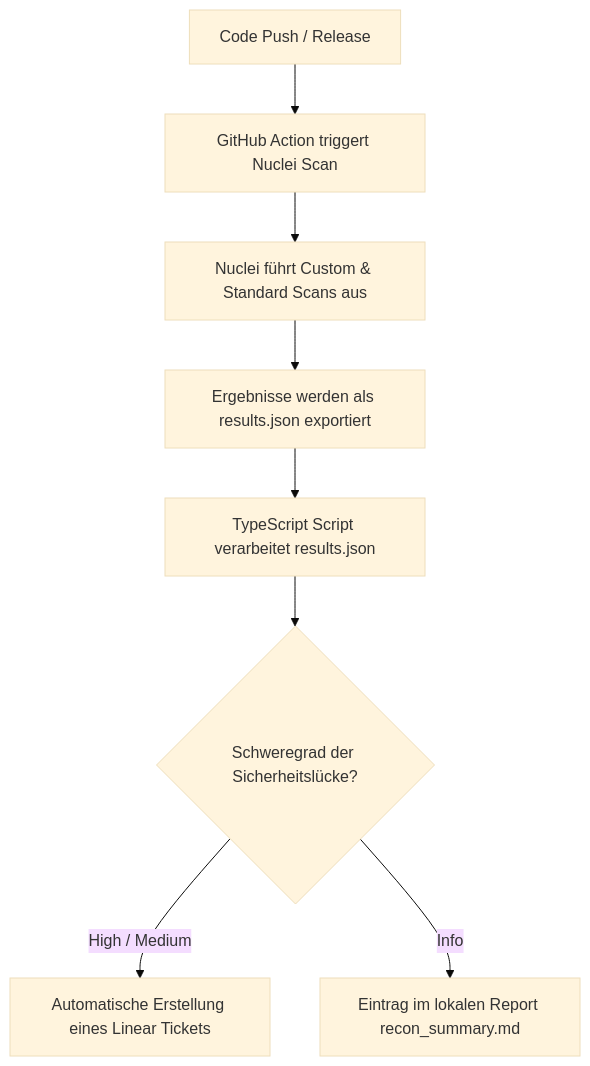
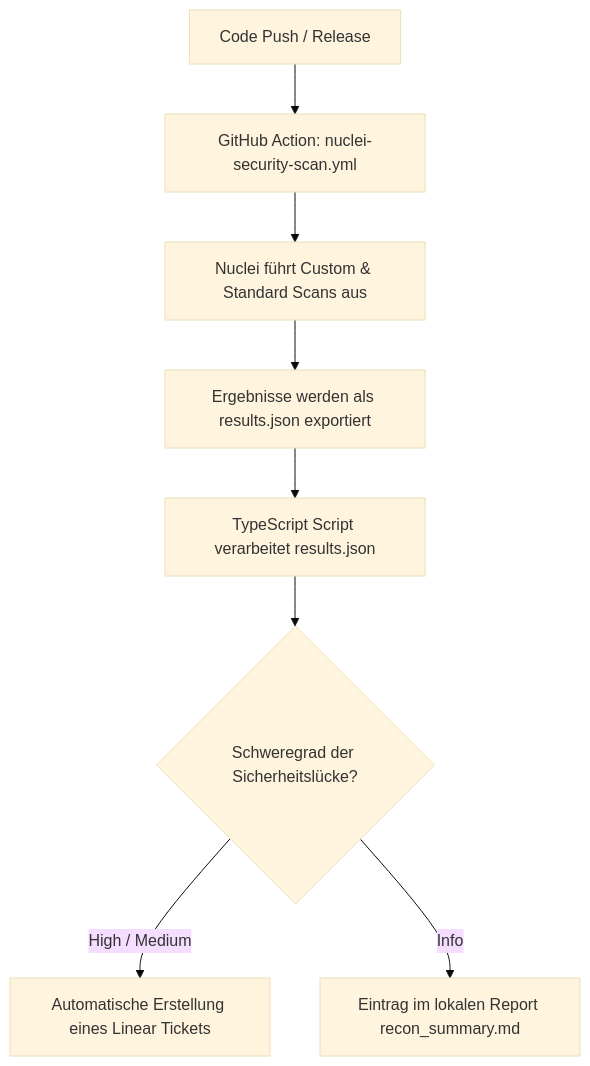
One commit to Wolchonak-161/Nuclei changed the diagram in PROJEKT_KONZEPT.md. Above: the diagram before and after it, drawn with Mermaid (base theme). The commit also changed other lines of this file, not shown here.

````diff
--- a/PROJEKT_KONZEPT.md
+++ b/PROJEKT_KONZEPT.md
@@ -109,10 +123,10 @@
 ```mermaid
 graph TD
-    A[Code Push / Release] --> B[GitHub Action triggert Nuclei Scan]
+    A[Code Push / Release] --> B[GitHub Action: nuclei-security-scan.yml]
     B --> C[Nuclei führt Custom & Standard Scans aus]
     C --> D[Ergebnisse werden als results.json exportiert]
     D --> E[TypeScript Script verarbeitet results.json]
     E --> F{Schweregrad der Sicherheitslücke?}
     F -->|High / Medium| G[Automatische Erstellung eines Linear Tickets]
     F -->|Info| H[Eintrag im lokalen Report recon_summary.md]
 ```
````
